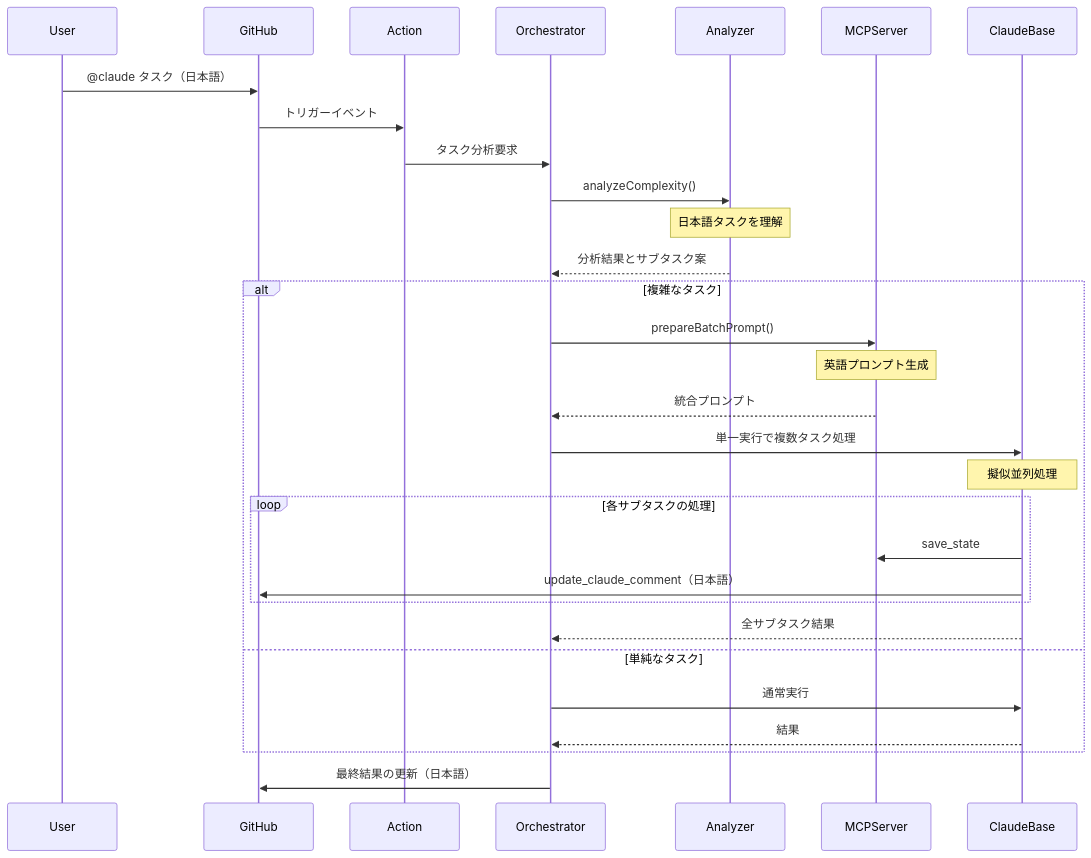
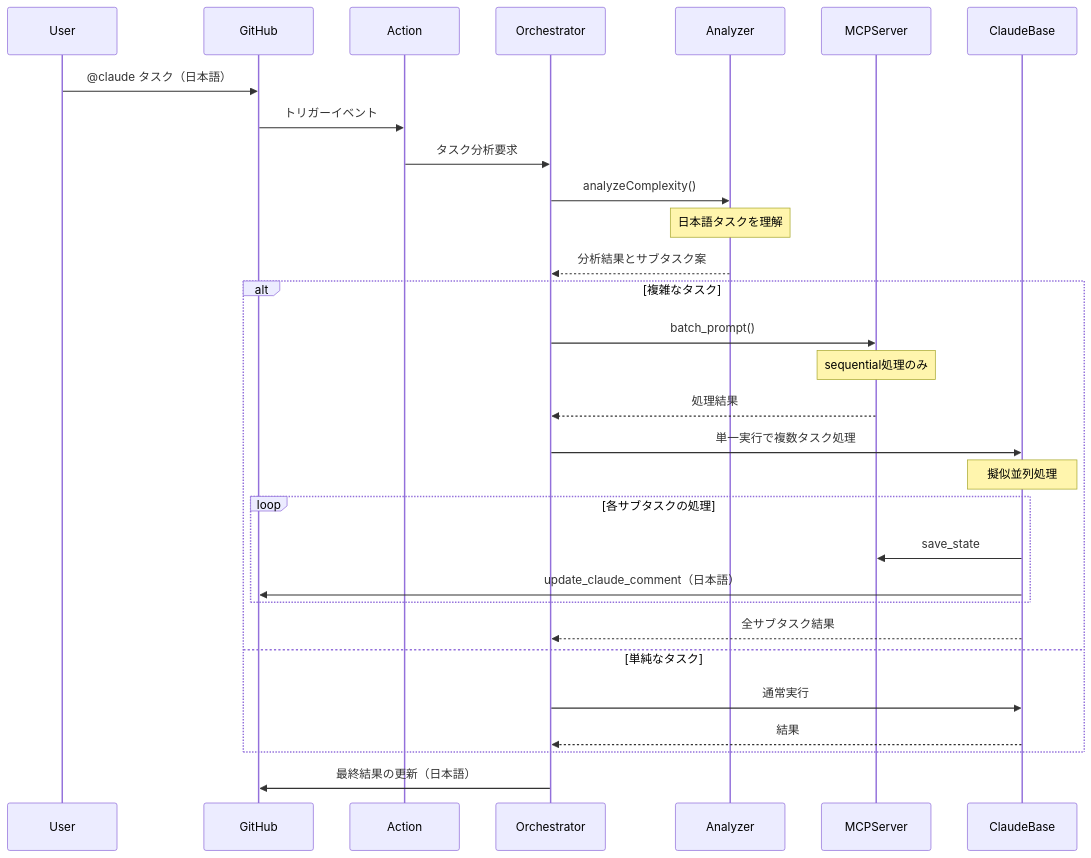
Before and after one commit to MasashiFukuzawa/claude-code-action: the diagram in minispec/claude-code-action-orchestrator-design.md, drawn with Mermaid. The commit also changed other lines of this file and 2 other files, not shown here.

First line of the commit message:
refactor: simplify batch_prompt tool to sequential mode only

````diff
--- a/minispec/claude-code-action-orchestrator-design.md
+++ b/minispec/claude-code-action-orchestrator-design.md
@@ -77,39 +77,39 @@
 ```mermaid
 sequenceDiagram
     participant User
     participant GitHub
     participant Action
     participant Orchestrator
     participant Analyzer
     participant MCPServer
     participant ClaudeBase
 
     User->>GitHub: @claude タスク（日本語）
     GitHub->>Action: トリガーイベント
     Action->>Orchestrator: タスク分析要求
 
     Orchestrator->>Analyzer: analyzeComplexity()
     Note over Analyzer: 日本語タスクを理解
     Analyzer-->>Orchestrator: 分析結果とサブタスク案
 
     alt 複雑なタスク
-        Orchestrator->>MCPServer: prepareBatchPrompt()
-        Note over MCPServer: 英語プロンプト生成
-        MCPServer-->>Orchestrator: 統合プロンプト
+        Orchestrator->>MCPServer: batch_prompt()
+        Note over MCPServer: sequential処理のみ
+        MCPServer-->>Orchestrator: 処理結果
 
         Orchestrator->>ClaudeBase: 単一実行で複数タスク処理
         Note over ClaudeBase: 擬似並列処理
 
         loop 各サブタスクの処理
             ClaudeBase->>MCPServer: save_state
             ClaudeBase->>GitHub: update_claude_comment（日本語）
         end
 
         ClaudeBase-->>Orchestrator: 全サブタスク結果
     else 単純なタスク
         Orchestrator->>ClaudeBase: 通常実行
         ClaudeBase-->>Orchestrator: 結果
     end
 
     Orchestrator->>GitHub: 最終結果の更新（日本語）
 ```
````
